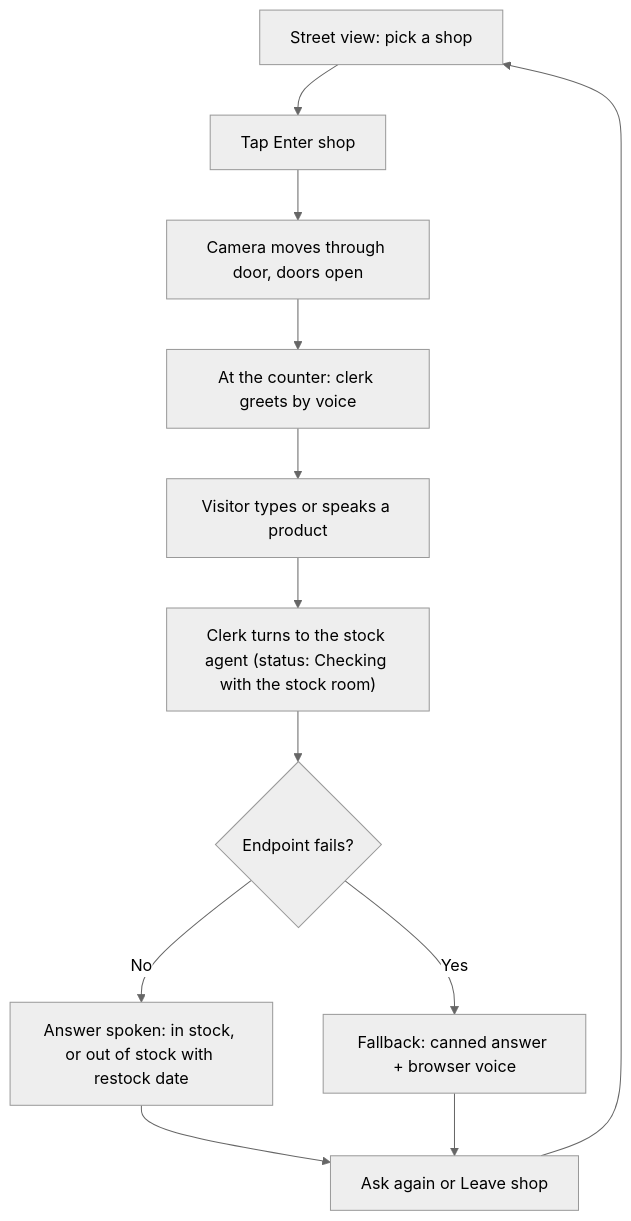
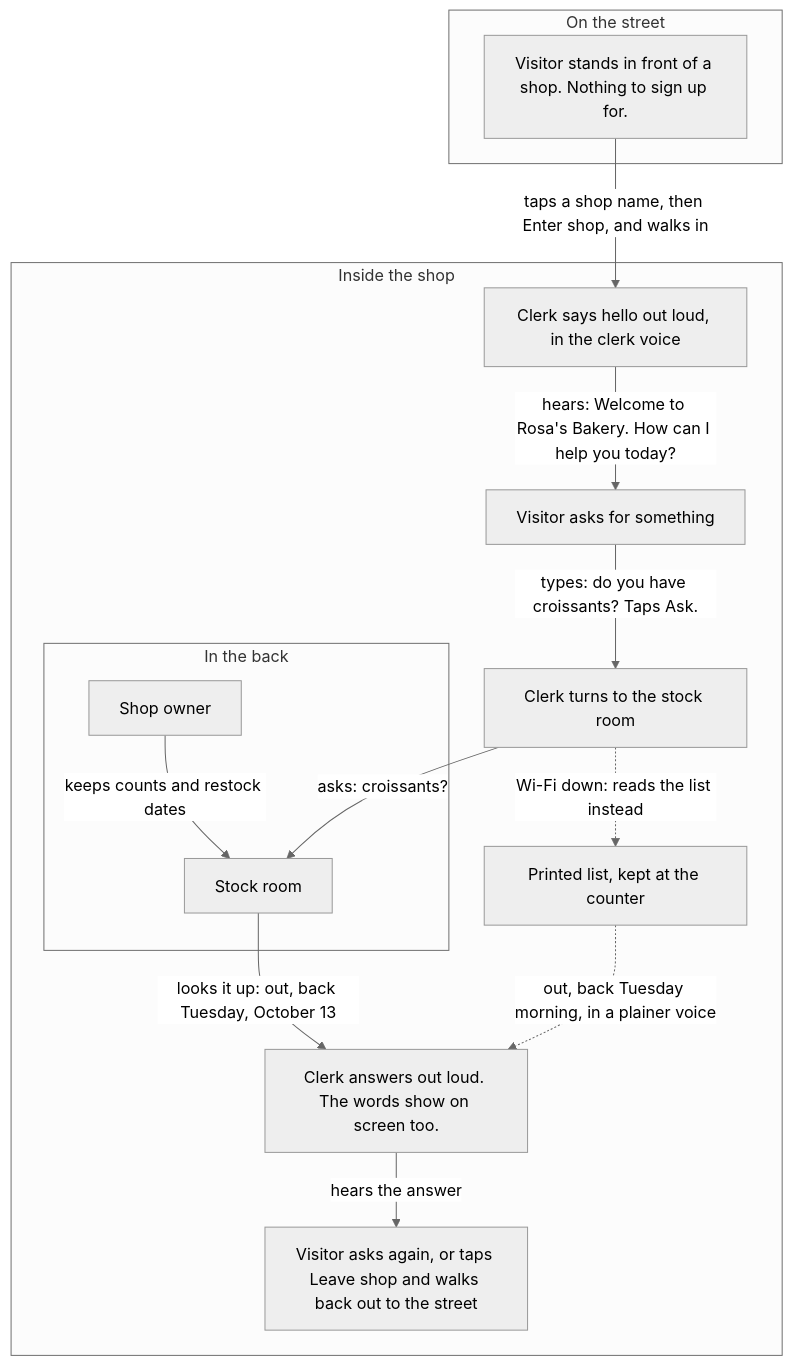
Before and after one commit to SergioB03/Peripie: the diagram in docs/user-flow.md, drawn with Mermaid (neutral theme). The commit also changed other lines of this file and 4 other files, not shown here.

First line of the commit message:
Docs: the four diagrams retold as people and places, verified against the code

````diff
--- a/docs/user-flow.md
+++ b/docs/user-flow.md
@@ -5,14 +5,27 @@
 ```mermaid
 flowchart TD
-    A["Street view: pick a shop"] --> B["Tap Enter shop"]
-    B --> C["Camera moves through door, doors open"]
-    C --> D["At the counter: clerk greets by voice"]
-    D --> E["Visitor types or speaks a product"]
-    E --> F["Clerk turns to the stock agent (status: Checking with the stock room)"]
-    F --> G{"Endpoint fails?"}
-    G -- No --> H["Answer spoken: in stock, or out of stock with restock date"]
-    G -- Yes --> I["Fallback: canned answer + browser voice"]
-    H --> J["Ask again or Leave shop"]
-    I --> J
-    J --> A
+    subgraph s1["On the street"]
+        A["Visitor stands in front of a shop. Nothing to sign up for."]
+    end
+    subgraph s2["Inside the shop"]
+        B["Clerk says hello out loud, in the clerk voice"]
+        C["Visitor asks for something"]
+        D["Clerk turns to the stock room"]
+        subgraph s3["In the back"]
+            O["Shop owner"]
+            S["Stock room"]
+        end
+        L["Printed list, kept at the counter"]
+        E["Clerk answers out loud. The words show on screen too."]
+        F["Visitor asks again, or taps Leave shop and walks back out to the street"]
+    end
+    A -->|"taps a shop name, then Enter shop, and walks in"| B
+    B -->|"hears: Welcome to Rosa's Bakery. How can I help you today?"| C
+    C -->|"types: do you have croissants? Taps Ask."| D
+    D -->|"asks: croissants?"| S
+    S -->|"looks it up: out, back Tuesday, October 13"| E
+    D -.->|"Wi-Fi down: reads the list instead"| L
+    L -.->|"out, back Tuesday morning, in a plainer voice"| E
+    E -->|"hears the answer"| F
+    O -->|"keeps counts and restock dates"| S
 ```
````
